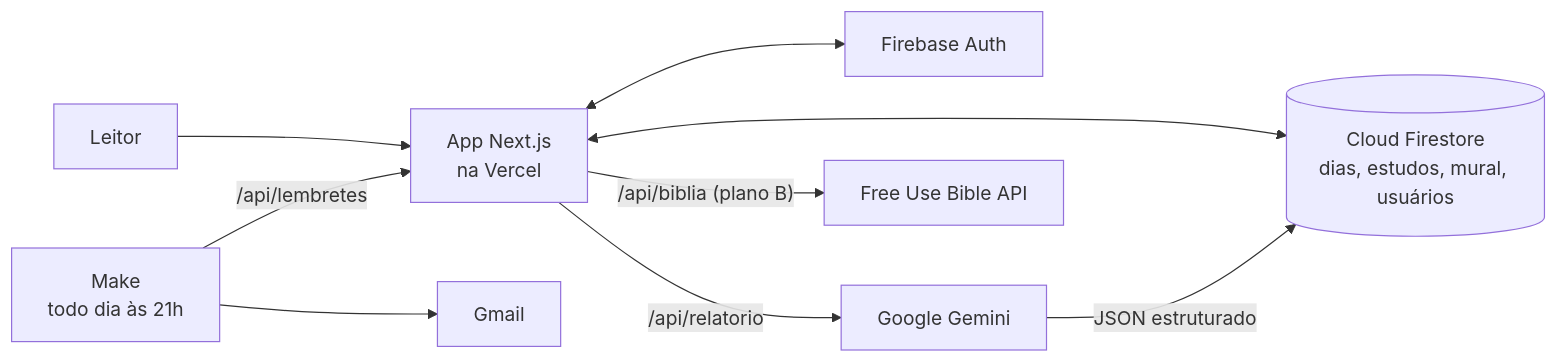
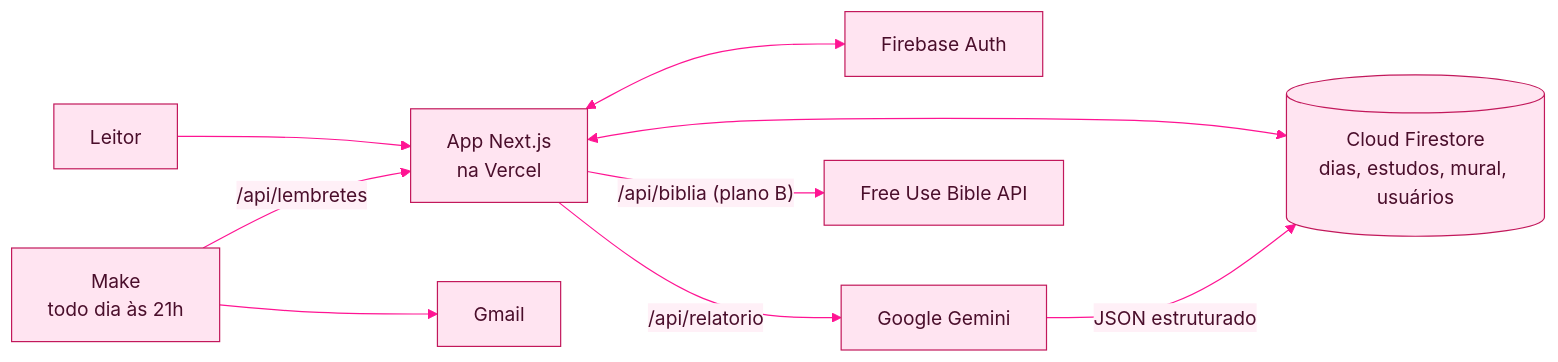
Before and after one commit to amandapasqualotto/SendasSagradas: the second of 2 diagrams in README.md, drawn with Mermaid. The commit also changed other lines of this file, not shown here.

````diff
--- a/README.md
+++ b/README.md
@@ -223,11 +224,12 @@
 ```mermaid
+%%{init: {'theme':'base','themeVariables':{'primaryColor':'#FFE4F1','primaryBorderColor':'#C2185B','primaryTextColor':'#4A0E2B','lineColor':'#FF1493','edgeLabelBackground':'#FFF0F7','fontFamily':'Fira Code'}}}%%
 flowchart LR
     U["Leitor"] --> APP["App Next.js<br/>na Vercel"]
     APP <--> AUTH["Firebase Auth"]
     APP <--> FS[("Cloud Firestore<br/>dias, estudos, mural, usuários")]
     APP -->|"/api/relatorio"| GEM["Google Gemini"]
     GEM -->|"JSON estruturado"| FS
     APP -->|"/api/biblia (plano B)"| BIB["Free Use Bible API"]
     MAKE["Make<br/>todo dia às 21h"] -->|"/api/lembretes"| APP
     MAKE --> MAIL["Gmail"]
 ```
````
